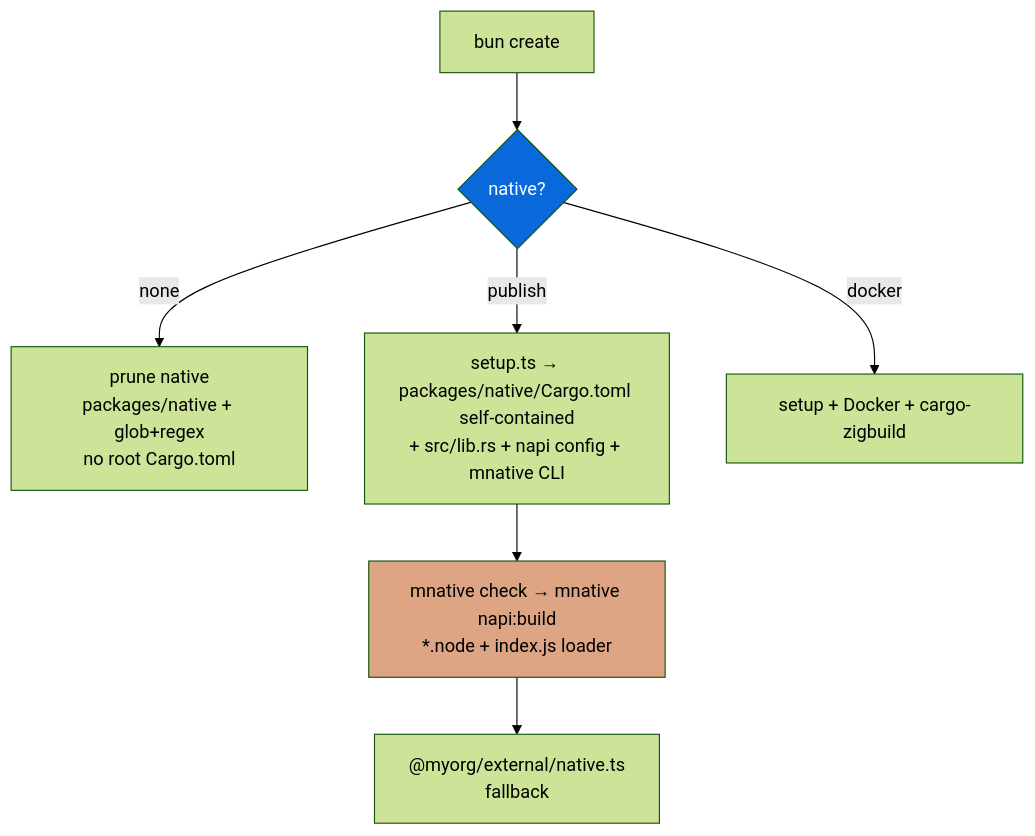
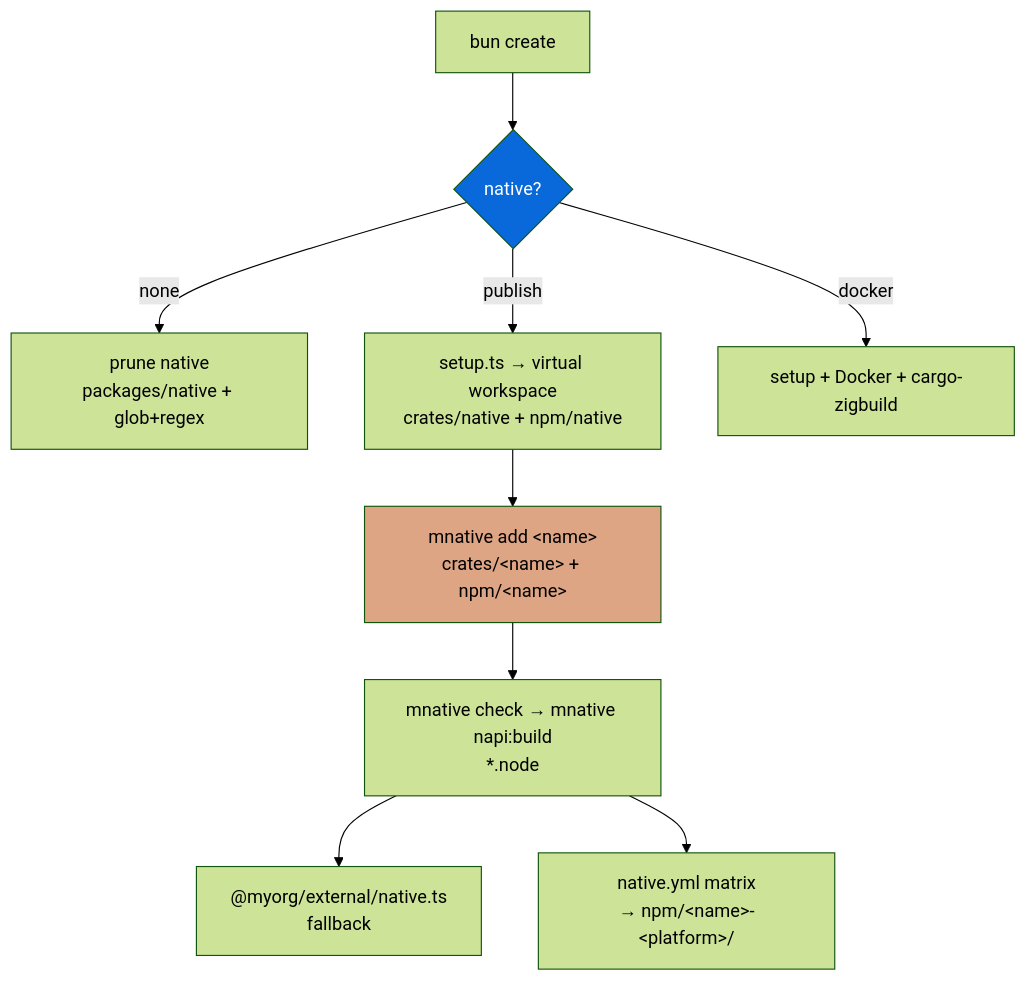
Before and after one commit to Archont561/ts-monorepo-template: the diagram in configs/native/AGENT.md, drawn with Mermaid (forest theme). The commit also changed other lines of this file and 16 other files, not shown here.

First line of the commit message:
docs(native): document the workspace layout, CI matrix and docker build

````diff
--- a/configs/native/AGENT.md
+++ b/configs/native/AGENT.md
@@ -23,11 +23,13 @@
 ```mermaid
 graph TD
     A[bun create] --> B{native?}
-    B -->|none| C["prune native<br/>packages/native + glob+regex<br/>no root Cargo.toml"]
-    B -->|publish| D["setup.ts → packages/native/Cargo.toml self-contained<br/>+ src/lib.rs + napi config + mnative CLI"]
+    B -->|none| C["prune native<br/>packages/native + glob+regex"]
+    B -->|publish| D["setup.ts → virtual workspace<br/>crates/native + npm/native"]
     B -->|docker| E["setup + Docker + cargo-zigbuild"]
-    D --> F["mnative check → mnative napi:build<br/>*.node + index.js loader"]
-    F --> G["@myorg/external/native.ts<br/>fallback"]
+    D --> F["mnative add &lt;name&gt;<br/>crates/&lt;name&gt; + npm/&lt;name&gt;"]
+    F --> G["mnative check → mnative napi:build<br/>*.node"]
+    G --> H["@myorg/external/native.ts<br/>fallback"]
+    G --> I["native.yml matrix<br/>→ npm/&lt;name&gt;-&lt;platform&gt;/"]
     style B fill:#0969DA,color:#fff
     style F fill:#dea584,color:#000
 ```
````
